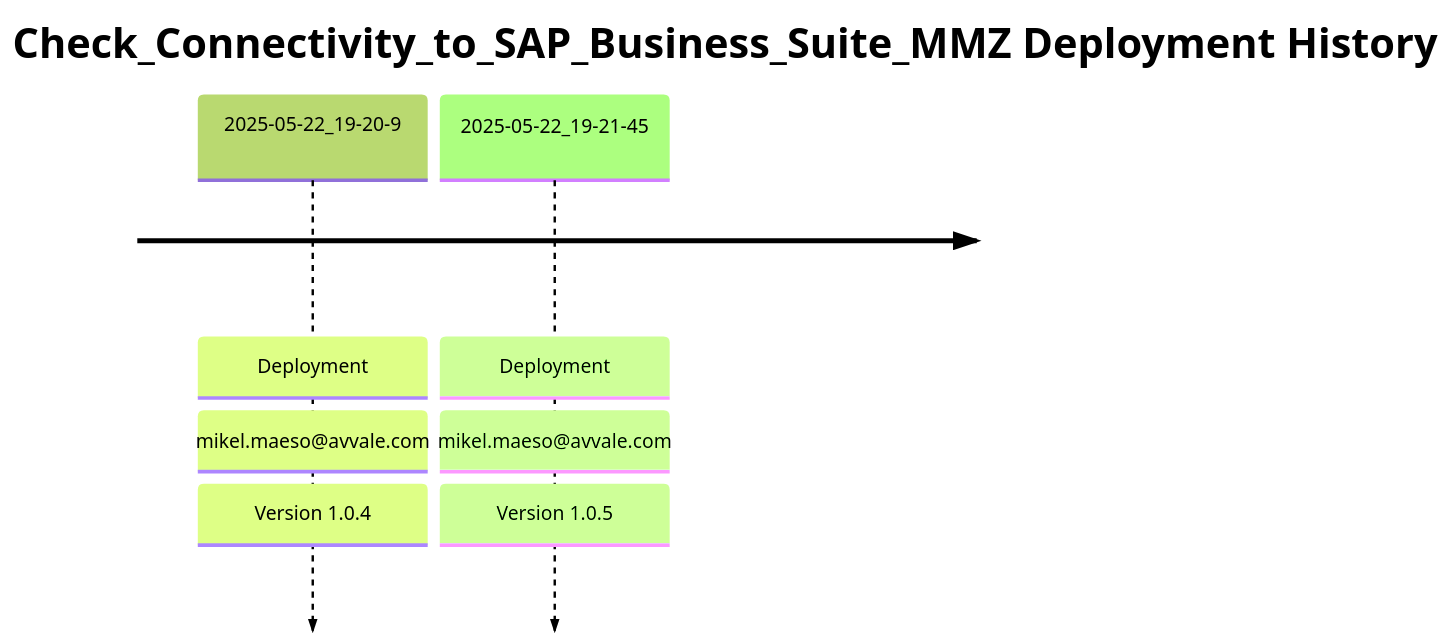
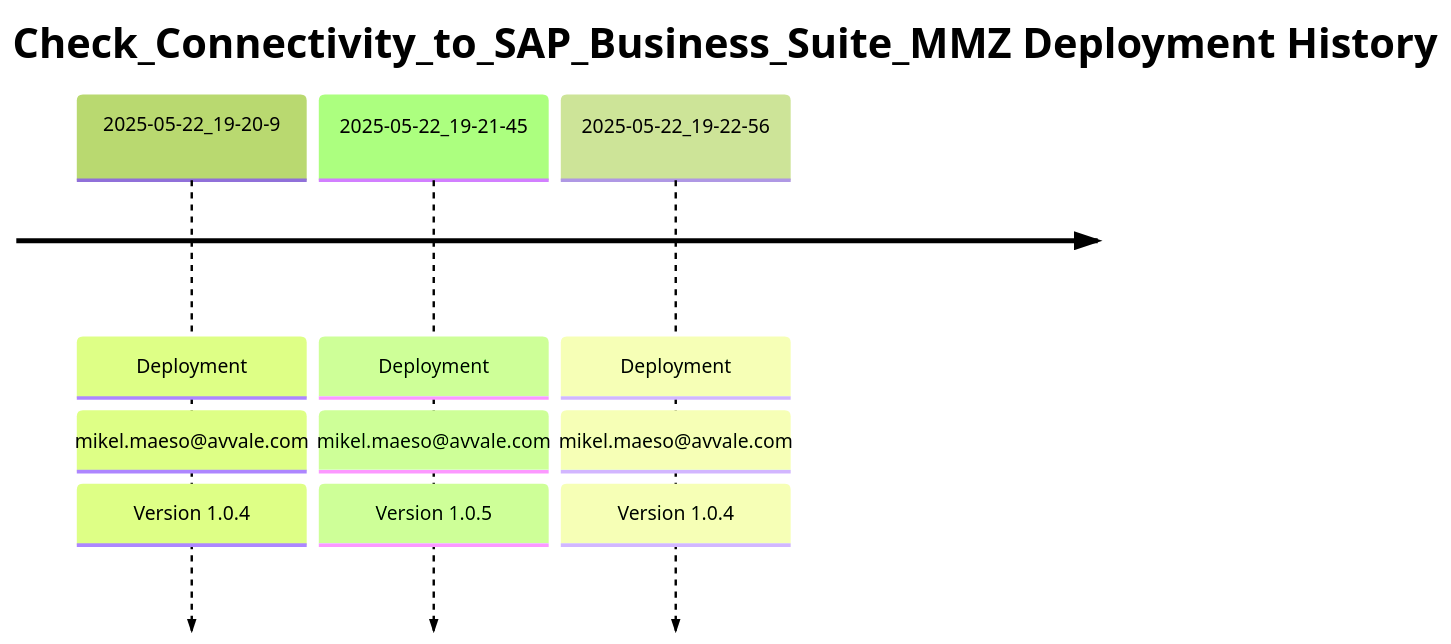
Before and after one commit to Avvale-IA-CICD/AvvaleCPI: the diagram in MMZ - Cell Iflows/Check_Connectivity_to_SAP_Business_Suite_MMZ/README.md, drawn with Mermaid.

Commit message:
docs: Update master README for MMZ - Cell Iflows/Check_Connectivity_to_SAP_Business_Suite_MMZ (v 1.0.4)

````diff
--- a/MMZ - Cell Iflows/Check_Connectivity_to_SAP_Business_Suite_MMZ/README.md
+++ b/MMZ - Cell Iflows/Check_Connectivity_to_SAP_Business_Suite_MMZ/README.md
@@ -7,7 +7,8 @@
 ```mermaid
 %%{init: { 'logLevel': 'debug', 'theme': 'forest' } }%%
 timeline
     title Check_Connectivity_to_SAP_Business_Suite_MMZ Deployment History
     2025-05-22_19-20-9 : Deployment : mikel.maeso@avvale.com : Version 1.0.4
     2025-05-22_19-21-45 : Deployment : mikel.maeso@avvale.com : Version 1.0.5
+    2025-05-22_19-22-56 : Deployment : mikel.maeso@avvale.com : Version 1.0.4
 ```
````
